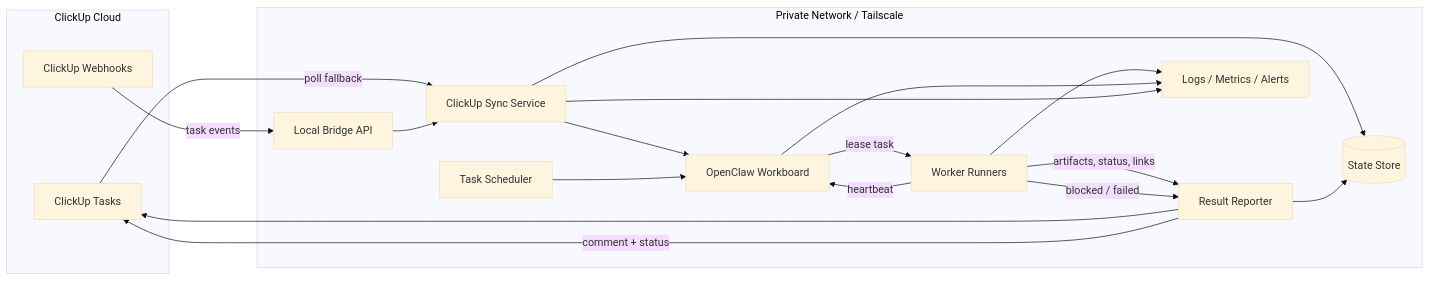
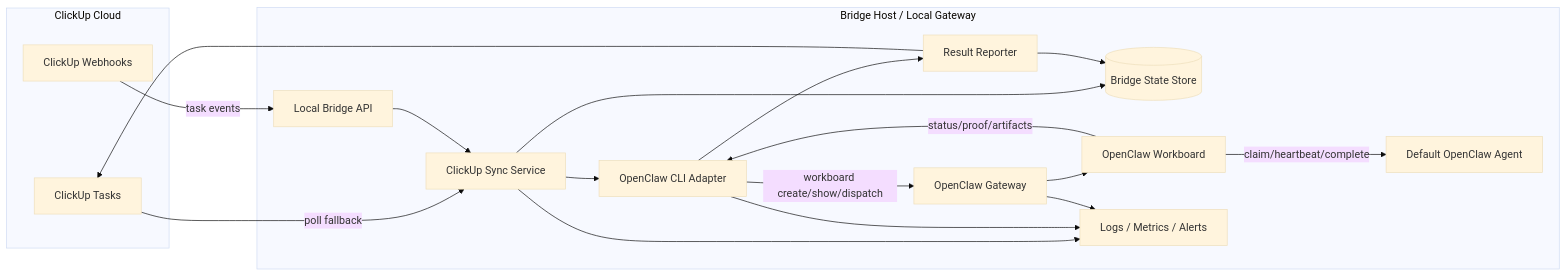
One commit to jacekjarzab/clickup-openclaw changed the diagram in docs/architecture.md. Above: the diagram before and after it, drawn with Mermaid (base theme). The commit also changed other lines of this file and 7 other files, not shown here.

Commit message:
Define OpenClaw workboard bridge contract

````diff
--- a/docs/architecture.md
+++ b/docs/architecture.md
@@ -8,35 +8,35 @@
 ```mermaid
 flowchart LR
   subgraph External["ClickUp Cloud"]
     CU[ClickUp Tasks]
     CUW[ClickUp Webhooks]
   end
 
-  subgraph Private["Private Network / Tailscale"]
+  subgraph Private["Bridge Host / Local Gateway"]
     BR[Local Bridge API]
     SYNC[ClickUp Sync Service]
+    ADP[OpenClaw CLI Adapter]
+    MAP[(Bridge State Store)]
+    GW[OpenClaw Gateway]
     WB[OpenClaw Workboard]
-    SCH[Task Scheduler]
-    RNR[Worker Runners]
+    AGT[Default OpenClaw Agent]
     REP[Result Reporter]
     OBS[Logs / Metrics / Alerts]
-    DB[(State Store)]
   end
 
   CUW -->|task events| BR
   CU -->|poll fallback| SYNC
   BR --> SYNC
-  SYNC --> DB
-  SYNC --> WB
-  SCH --> WB
-  WB -->|lease task| RNR
-  RNR -->|heartbeat| WB
-  RNR -->|artifacts, status, links| REP
+  SYNC --> MAP
+  SYNC --> ADP
+  ADP -->|workboard create/show/dispatch| GW
+  GW --> WB
+  WB -->|claim/heartbeat/complete| AGT
+  WB -->|status/proof/artifacts| ADP
+  ADP --> REP
   REP --> CU
-  REP --> DB
-  RNR --> OBS
-  WB --> OBS
+  REP --> MAP
   SYNC --> OBS
-  RNR -->|blocked / failed| REP
-  REP -->|comment + status| CU
+  ADP --> OBS
+  GW --> OBS
 ```
````
